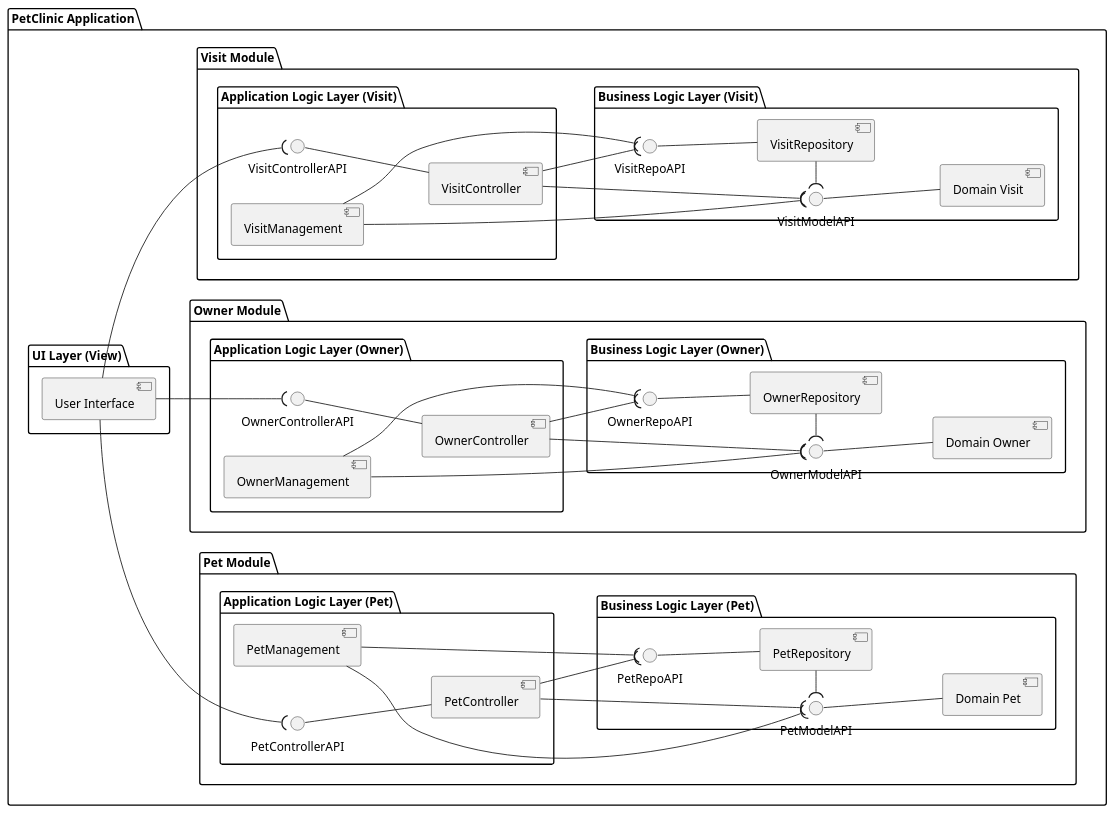
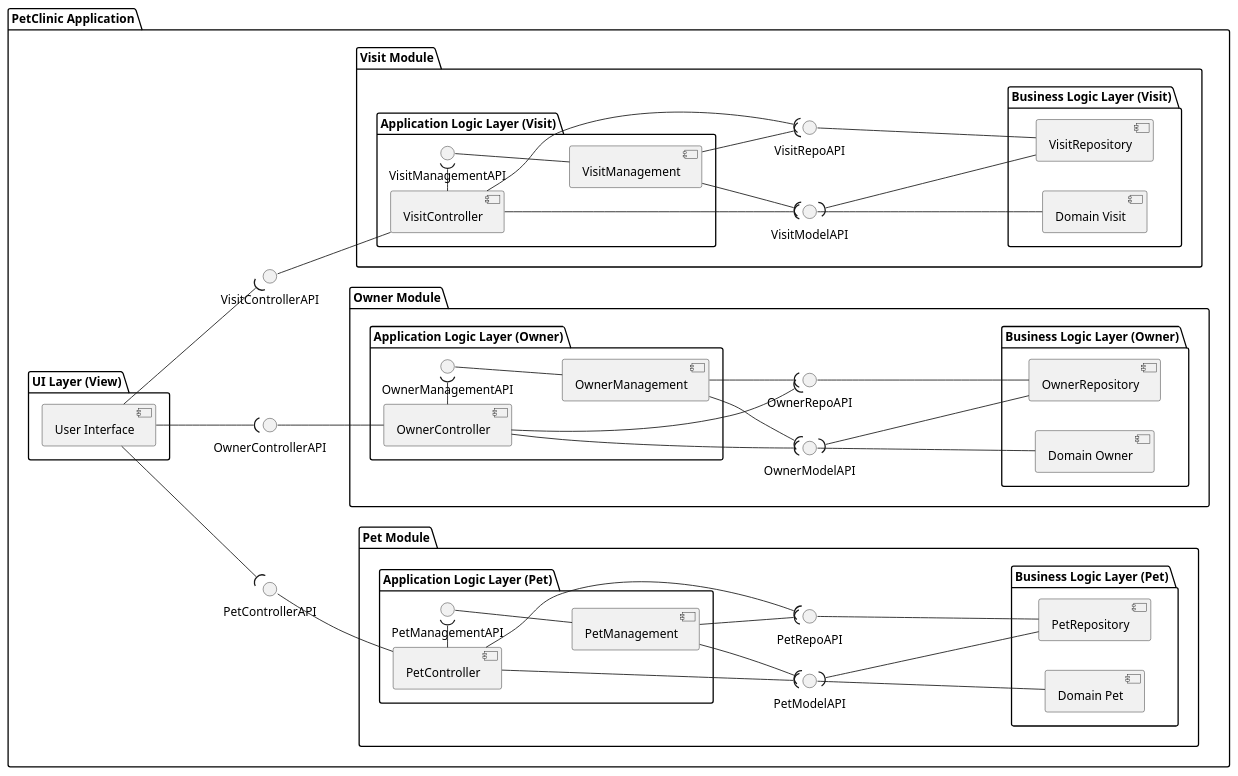
Before and after one commit to NunoMarmeleiro/spring-petclinic: the diagram in docs/PetClinic_VL_L3_Async.puml, drawn with PlantUML. The commit also changed 3 other files, not shown here.

Commit message:
updated logic view diagrams

```diff
--- a/docs/PetClinic_VL_L3_Async.puml
+++ b/docs/PetClinic_VL_L3_Async.puml
@@ -1,80 +1,87 @@
 @startuml
 'https://plantuml.com/component-diagram
 left to right direction
 
 
 package "PetClinic Application" {
 
 package "UI Layer (View)" {
      [User Interface]
 }
 
 package "Owner Module" {
 
   package "Application Logic Layer (Owner)" {
-     OwnerControllerAPI--[OwnerController]
-     [OwnerManagement]
+     [OwnerController]
+     OwnerManagementAPI--[OwnerManagement]
+     [OwnerController] -( OwnerManagementAPI
   }
 
   package "Business Logic Layer (Owner)" {
-     OwnerModelAPI--[Domain Owner]
-     OwnerRepoAPI--[OwnerRepository]
+     [Domain Owner]
+     [OwnerRepository]
   }
 
+  OwnerModelAPI--[Domain Owner]
+  OwnerRepoAPI--[OwnerRepository]
   [OwnerController] --( OwnerModelAPI
   [OwnerController] --( OwnerRepoAPI
   [OwnerRepository] -( OwnerModelAPI
   [OwnerManagement] --( OwnerModelAPI
   [OwnerManagement] --( OwnerRepoAPI
 }
+OwnerControllerAPI--[OwnerController]
 
 package "Pet Module" {
 
   package "Application Logic Layer (Pet)" {
-     PetControllerAPI--[PetController]
-     [PetManagement]
+     [PetController]
+     PetManagementAPI--[PetManagement]
+     [PetController] -( PetManagementAPI
   }
 
   package "Business Logic Layer (Pet)" {
-     PetModelAPI--[Domain Pet]
-     PetRepoAPI--[PetRepository]
+     [Domain Pet]
+     [PetRepository]
   }
 
+  PetModelAPI--[Domain Pet]
+  PetRepoAPI--[PetRepository]
   [PetController] --( PetModelAPI
   [PetController] --( PetRepoAPI
   [PetManagement] --( PetModelAPI
   [PetManagement] --( PetRepoAPI
   [PetRepository] -( PetModelAPI
 }
+PetControllerAPI--[PetController]
 
 package "Visit Module" {
 
   package "Application Logic Layer (Visit)" {
-     VisitControllerAPI--[VisitController]
-     [VisitManagement]
+     [VisitController]
+     VisitManagementAPI--[VisitManagement]
+     [VisitController] -( VisitManagementAPI
   }
 
   package "Business Logic Layer (Visit)" {
-     VisitModelAPI--[Domain Visit]
-     VisitRepoAPI--[VisitRepository]
+     [Domain Visit]
+     [VisitRepository]
   }
-
+  VisitModelAPI--[Domain Visit]
+  VisitRepoAPI--[VisitRepository]
   [VisitController] --( VisitModelAPI
   [VisitController] --( VisitRepoAPI
   [VisitManagement] --( VisitModelAPI
   [VisitManagement] --( VisitRepoAPI
-  [VisitRepository] -( VisitModelAPI
+  [VisitRepository] --( VisitModelAPI
 }
+VisitControllerAPI--[VisitController]
 
 [User Interface] --( OwnerControllerAPI
 [User Interface] --( PetControllerAPI
 [User Interface] --( VisitControllerAPI
 
-
-
-[PetManagement] -[hidden]d- [OwnerController]
-[VisitManagement] -[hidden]d- [OwnerController]
-
+[VisitController] -[hidden]d- [OwnerManagement]
 
 }
 @enduml
```
